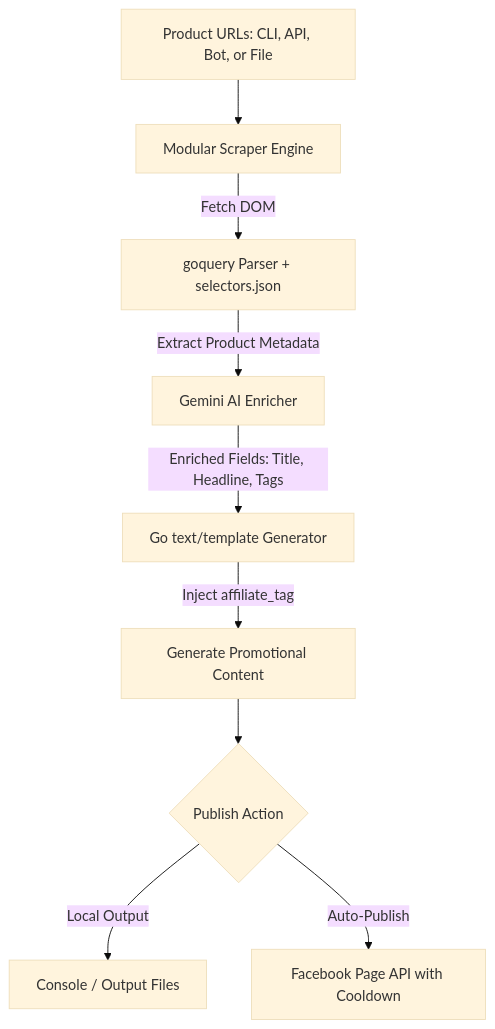
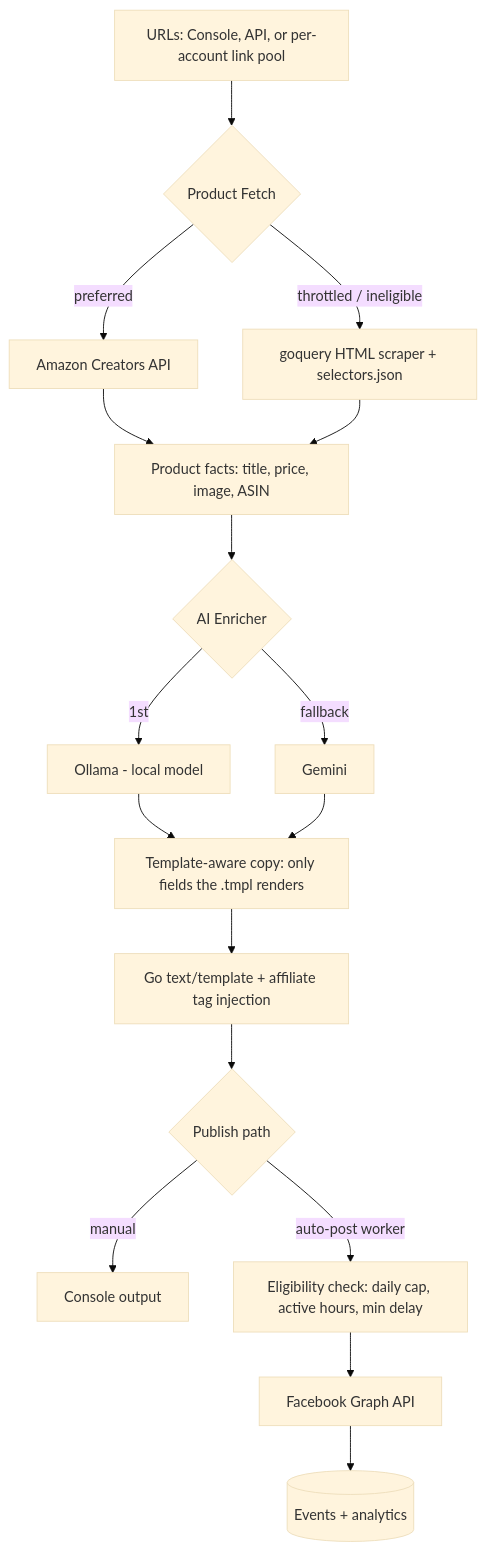
One commit to varma322/post-gen changed the diagram in README.md. Above: the diagram before and after it, drawn with Mermaid (base theme). The commit also changed other lines of this file, not shown here.

First line of the commit message:
Update README: in-progress rewrite, plus bot and CLI removal

````diff
--- a/README.md
+++ b/README.md
@@ -17,11 +17,19 @@
 ```mermaid
 graph TD
-    A[Product URLs: CLI, API, Bot, or File] --> B[Modular Scraper Engine]
-    B -->|Fetch DOM| C[goquery Parser + selectors.json]
-    C -->|Extract Product Metadata| AI[Gemini AI Enricher]
-    AI -->|Enriched Fields: Title, Headline, Tags| D[Go text/template Generator]
-    D -->|Inject affiliate_tag| E[Generate Promotional Content]
-    E --> F{Publish Action}
-    F -->|Local Output| G[Console / Output Files]
-    F -->|Auto-Publish| H[Facebook Page API with Cooldown]
+    A[URLs: Console, API, or per-account link pool] --> B{Product Fetch}
+    B -->|preferred| B1[Amazon Creators API]
+    B -->|throttled / ineligible| B2[goquery HTML scraper + selectors.json]
+    B1 --> C[Product facts: title, price, image, ASIN]
+    B2 --> C
+    C --> D{AI Enricher}
+    D -->|1st| D1[Ollama - local model]
+    D -->|fallback| D2[Gemini]
+    D1 --> E[Template-aware copy: only fields the .tmpl renders]
+    D2 --> E
+    E --> F[Go text/template + affiliate tag injection]
+    F --> G{Publish path}
+    G -->|manual| H[Console output]
+    G -->|auto-post worker| I[Eligibility check: daily cap, active hours, min delay]
+    I --> J[Facebook Graph API]
+    J --> K[(Events + analytics)]
 ```
````
